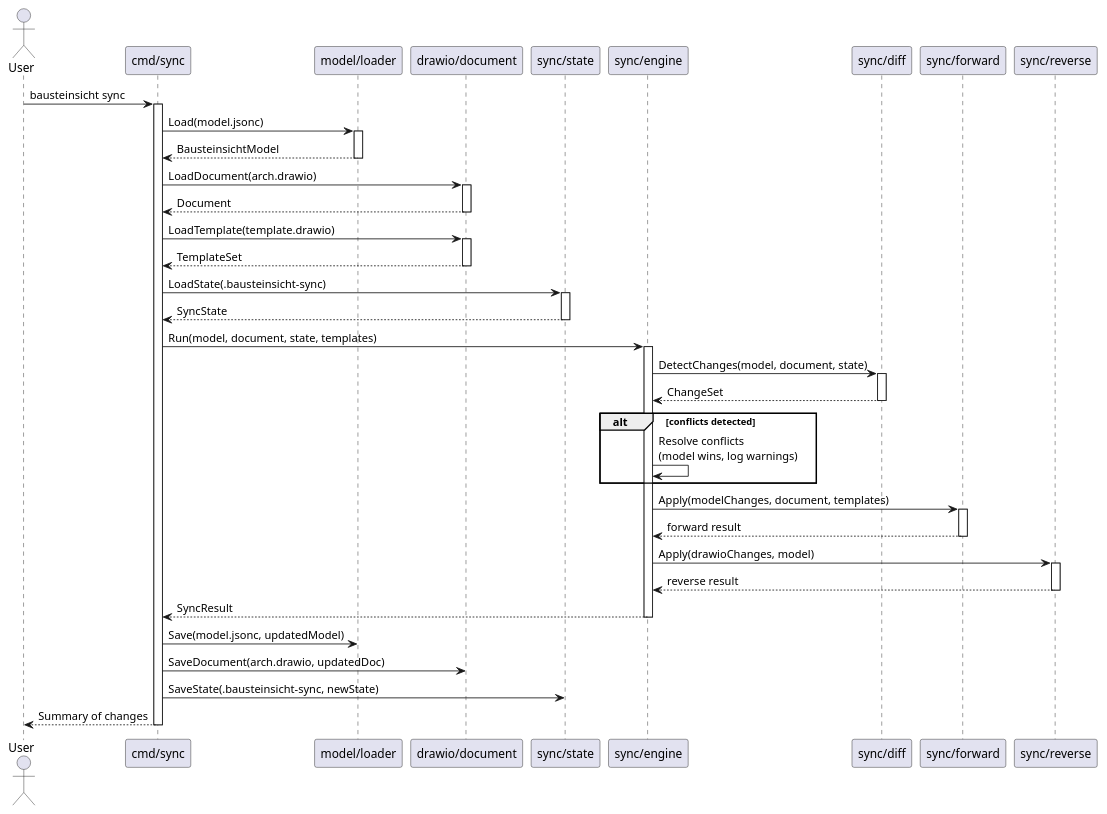
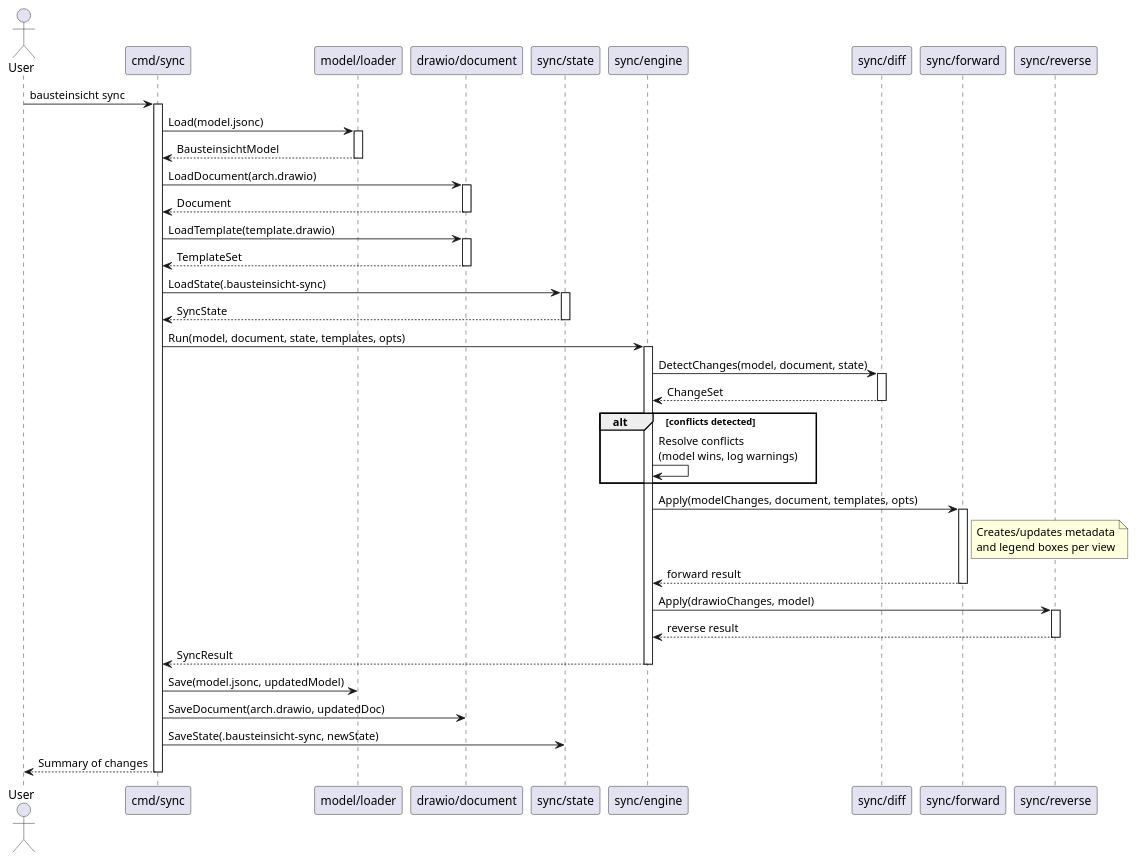
One commit to docToolchain/Bausteinsicht changed the first of 4 diagrams in src/docs/arc42/chapters/06_runtime_view.adoc. Above: the diagram before and after it, drawn with PlantUML. The commit also changed other lines of this file and 14 other files, not shown here.

First line of the commit message:
docs: enhance README with JTBD, update sequence diagrams and context

```diff
--- a/src/docs/arc42/chapters/06_runtime_view.adoc
+++ b/src/docs/arc42/chapters/06_runtime_view.adoc
@@ -17,72 +17,73 @@
 [plantuml, runtime-sync, png]
 ....
 @startuml
 skinparam shadowing false
 
 actor User
 participant "cmd/sync" as cmd
 participant "model/loader" as loader
 participant "drawio/document" as doc
 participant "sync/state" as state
 participant "sync/engine" as engine
 participant "sync/diff" as diff
 participant "sync/forward" as fwd
 participant "sync/reverse" as rev
 
 User -> cmd : bausteinsicht sync
 activate cmd
 
 cmd -> loader : Load(model.jsonc)
 activate loader
 loader --> cmd : BausteinsichtModel
 deactivate loader
 
 cmd -> doc : LoadDocument(arch.drawio)
 activate doc
 doc --> cmd : Document
 deactivate doc
 
 cmd -> doc : LoadTemplate(template.drawio)
 activate doc
 doc --> cmd : TemplateSet
 deactivate doc
 
 cmd -> state : LoadState(.bausteinsicht-sync)
 activate state
 state --> cmd : SyncState
 deactivate state
 
-cmd -> engine : Run(model, document, state, templates)
+cmd -> engine : Run(model, document, state, templates, opts)
 activate engine
 
 engine -> diff : DetectChanges(model, document, state)
 activate diff
 diff --> engine : ChangeSet
 deactivate diff
 
 alt conflicts detected
   engine -> engine : Resolve conflicts\n(model wins, log warnings)
 end
 
-engine -> fwd : Apply(modelChanges, document, templates)
+engine -> fwd : Apply(modelChanges, document, templates, opts)
 activate fwd
+note right of fwd : Creates/updates metadata\nand legend boxes per view
 fwd --> engine : forward result
 deactivate fwd
 
 engine -> rev : Apply(drawioChanges, model)
 activate rev
 rev --> engine : reverse result
 deactivate rev
 
 engine --> cmd : SyncResult
 deactivate engine
 
 cmd -> loader : Save(model.jsonc, updatedModel)
 cmd -> doc : SaveDocument(arch.drawio, updatedDoc)
 cmd -> state : SaveState(.bausteinsicht-sync, newState)
 
 cmd --> User : Summary of changes
 deactivate cmd
 
 @enduml
 ....
```
